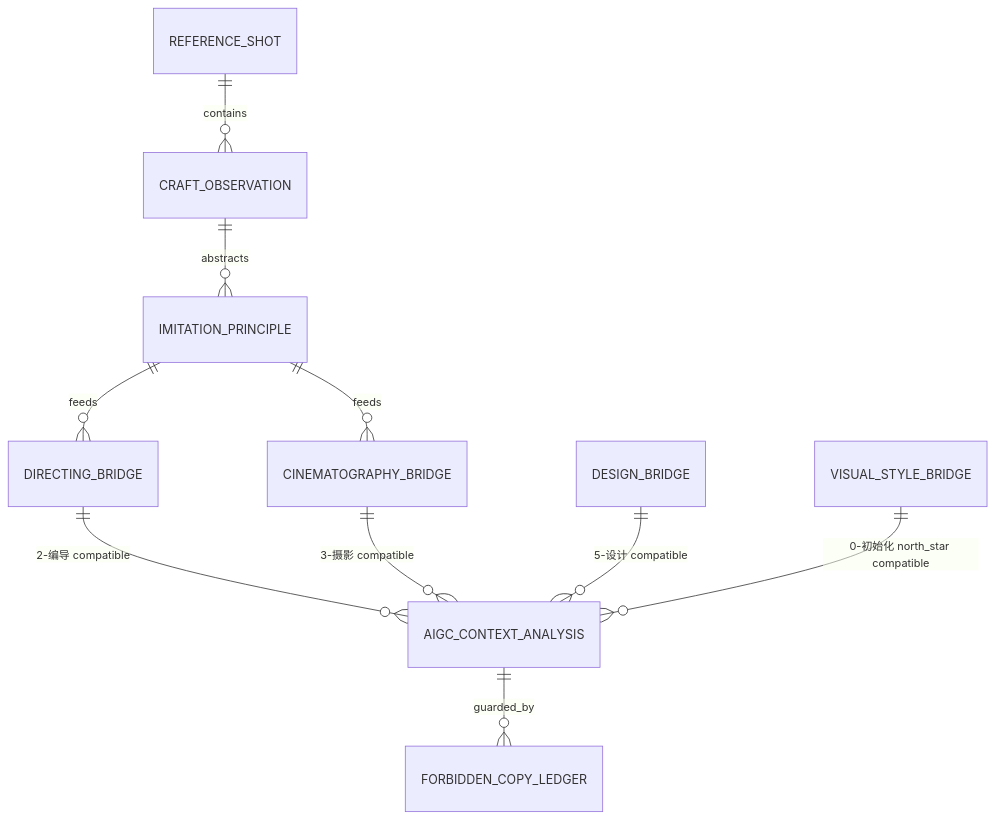
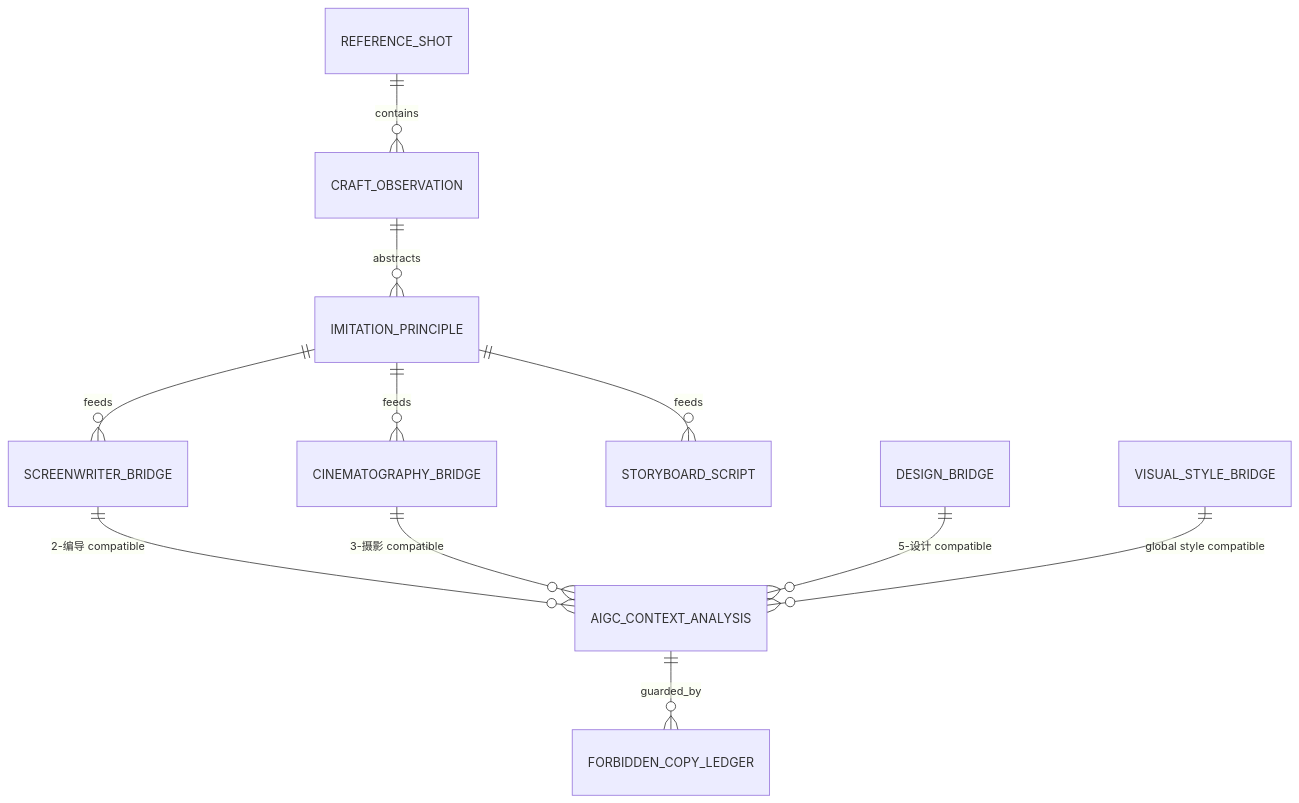
The third of 3 diagrams in .agents/skills/aigc/shot-by-shot/SKILL.md (ZEN-VOID/AI-CUT), drawn with Mermaid before and after one commit. The commit also changed other lines of this file and 85 other files, not shown here.

````diff
--- a/.agents/skills/aigc/shot-by-shot/SKILL.md
+++ b/.agents/skills/aigc/shot-by-shot/SKILL.md
@@ -124,12 +130,13 @@
 ```mermaid
 erDiagram
     REFERENCE_SHOT ||--o{ CRAFT_OBSERVATION : contains
     CRAFT_OBSERVATION ||--o{ IMITATION_PRINCIPLE : abstracts
-    IMITATION_PRINCIPLE ||--o{ DIRECTING_BRIDGE : feeds
+    IMITATION_PRINCIPLE ||--o{ SCREENWRITER_BRIDGE : feeds
     IMITATION_PRINCIPLE ||--o{ CINEMATOGRAPHY_BRIDGE : feeds
-    DIRECTING_BRIDGE ||--o{ AIGC_CONTEXT_ANALYSIS : "2-编导 compatible"
+    IMITATION_PRINCIPLE ||--o{ STORYBOARD_SCRIPT : feeds
+    SCREENWRITER_BRIDGE ||--o{ AIGC_CONTEXT_ANALYSIS : "2-编导 compatible"
     CINEMATOGRAPHY_BRIDGE ||--o{ AIGC_CONTEXT_ANALYSIS : "3-摄影 compatible"
     DESIGN_BRIDGE ||--o{ AIGC_CONTEXT_ANALYSIS : "5-设计 compatible"
-    VISUAL_STYLE_BRIDGE ||--o{ AIGC_CONTEXT_ANALYSIS : "0-初始化 north_star compatible"
+    VISUAL_STYLE_BRIDGE ||--o{ AIGC_CONTEXT_ANALYSIS : "global style compatible"
     AIGC_CONTEXT_ANALYSIS ||--o{ FORBIDDEN_COPY_LEDGER : guarded_by
 ```
````
